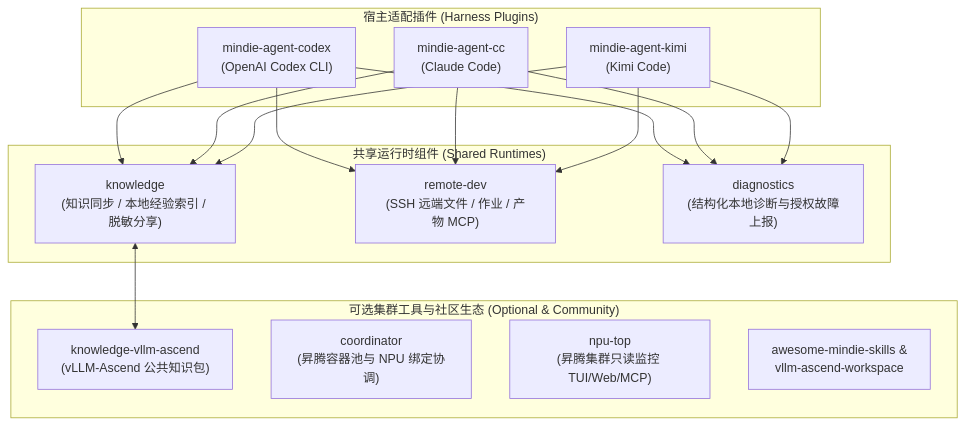
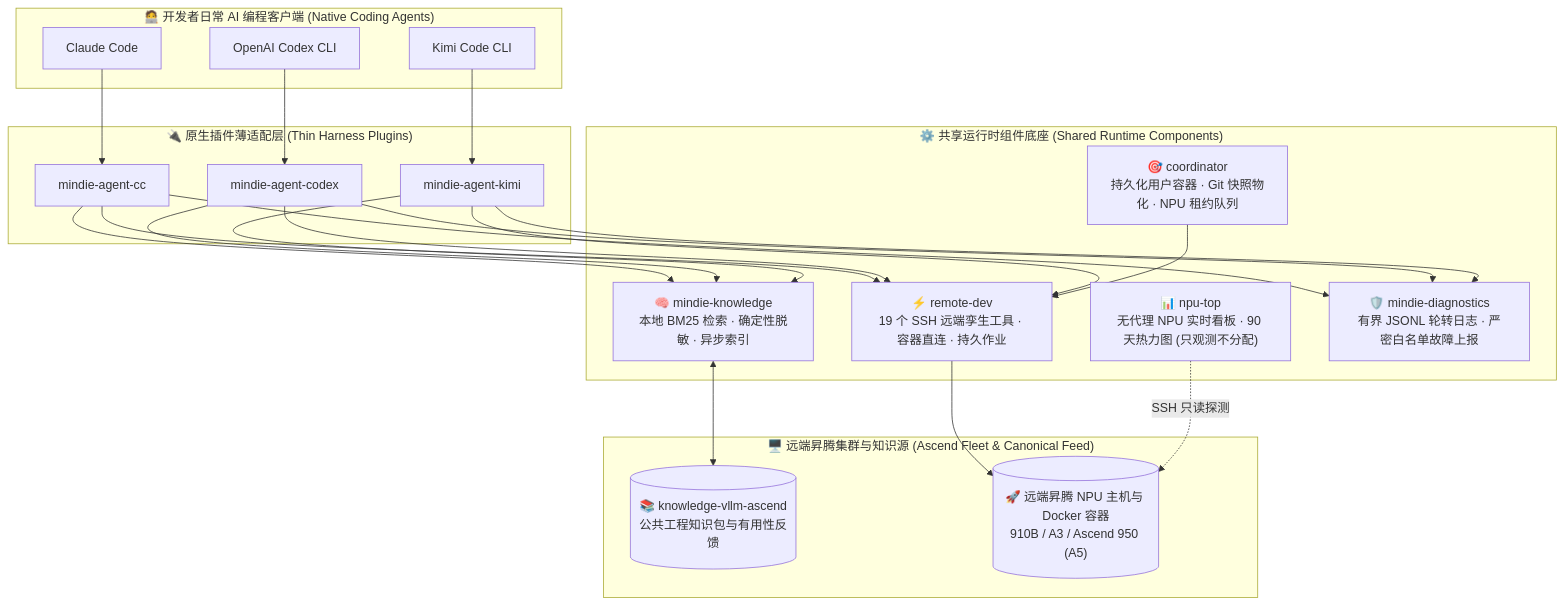
One commit to Yuli-yx/vllm-ascend-workspace changed the first of 2 diagrams in README.md. Above: the diagram before and after it, drawn with Mermaid. The commit also changed other lines of this file and 21 other files, not shown here.

````diff
--- a/README.md
+++ b/README.md
@@ -52,32 +129,37 @@
 ```mermaid
 flowchart TB
-    subgraph Clients["宿主适配插件 (Harness Plugins)"]
-        Codex["mindie-agent-codex<br/>(OpenAI Codex CLI)"]
-        CC["mindie-agent-cc<br/>(Claude Code)"]
-        Kimi["mindie-agent-kimi<br/>(Kimi Code)"]
-    end
+  subgraph Clients["🧑‍💻 开发者日常 AI 编程客户端 (Native Coding Agents)"]
+    CC["Claude Code"]
+    Codex["OpenAI Codex CLI"]
+    Kimi["Kimi Code CLI"]
+  end
 
-    subgraph Runtimes["共享运行时组件 (Shared Runtimes)"]
-        Knowledge["knowledge<br/>(知识同步 / 本地经验索引 / 脱敏分享)"]
-        RemoteDev["remote-dev<br/>(SSH 远端文件 / 作业 / 产物 MCP)"]
-        Diagnostics["diagnostics<br/>(结构化本地诊断与授权故障上报)"]
-    end
+  subgraph Adapters["🔌 原生插件薄适配层 (Thin Harness Plugins)"]
+    P_CC["mindie-agent-cc"]
+    P_Codex["mindie-agent-codex"]
+    P_Kimi["mindie-agent-kimi"]
+  end
 
-    subgraph Optional["可选集群工具与社区生态 (Optional & Community)"]
-        Corpus["knowledge-vllm-ascend<br/>(vLLM-Ascend 公共知识包)"]
-        Coordinator["coordinator<br/>(昇腾容器池与 NPU 绑定协调)"]
-        NpuTop["npu-top<br/>(昇腾集群只读监控 TUI/Web/MCP)"]
-        Skills["awesome-mindie-skills &<br/>vllm-ascend-workspace"]
-    end
+  subgraph Core["⚙️ 共享运行时组件底座 (Shared Runtime Components)"]
+    Knowledge["🧠 mindie-knowledge<br/>本地 BM25 检索 · 确定性脱敏 · 异步索引"]
+    RemoteDev["⚡ remote-dev<br/>19 个 SSH 远端孪生工具 · 容器直连 · 持久作业"]
+    Coord["🎯 coordinator<br/>持久化用户容器 · Git 快照物化 · NPU 租约队列"]
+    NpuTop["📊 npu-top<br/>无代理 NPU 实时看板 · 90 天热力图 (只观测不分配)"]
+    Diag["🛡️ mindie-diagnostics<br/>有界 JSONL 轮转日志 · 严密白名单故障上报"]
+  end
 
-    Codex --> Knowledge
-    Codex --> RemoteDev
-    Codex --> Diagnostics
-    CC --> Knowledge
-    CC --> RemoteDev
-    CC --> Diagnostics
-    Kimi --> Knowledge
-    Kimi --> RemoteDev
-    Kimi --> Diagnostics
-    Knowledge <--> Corpus
+  subgraph Remote["🖥️ 远端昇腾集群与知识源 (Ascend Fleet & Canonical Feed)"]
+    Feed[("📚 knowledge-vllm-ascend<br/>公共工程知识包与有用性反馈")]
+    Cluster[("🚀 远端昇腾 NPU 主机与 Docker 容器<br/>910B / A3 / Ascend 950 (A5)")]
+  end
+
+  CC --> P_CC
+  Codex --> P_Codex
+  Kimi --> P_Kimi
+
+  P_CC & P_Codex & P_Kimi --> Knowledge & RemoteDev & Diag
+  Knowledge <--> Feed
+  RemoteDev --> Cluster
+  Coord --> RemoteDev
+  NpuTop -. "SSH 只读探测" .-> Cluster
 ```
````
